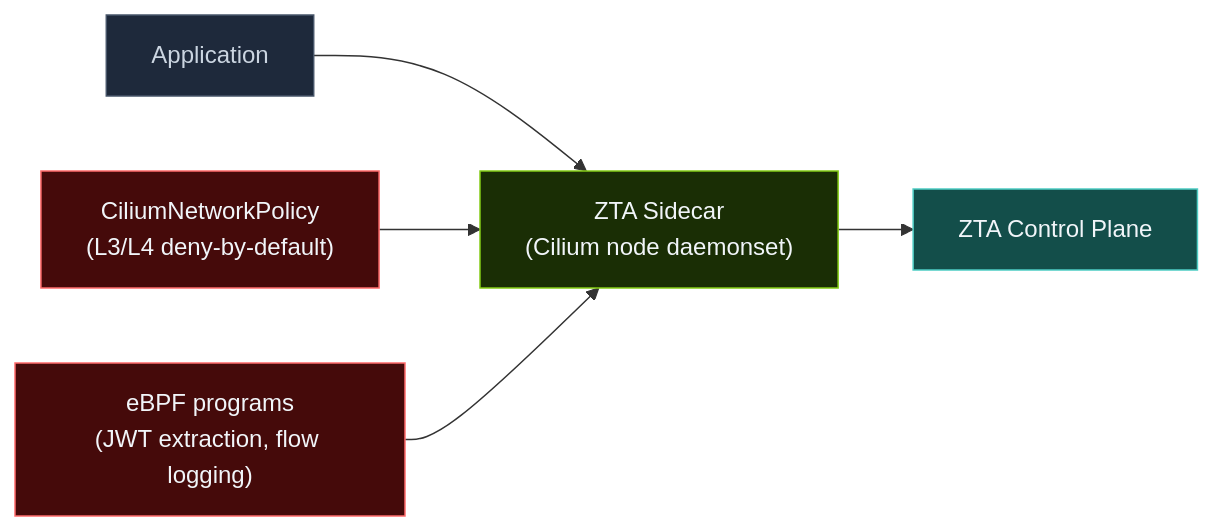
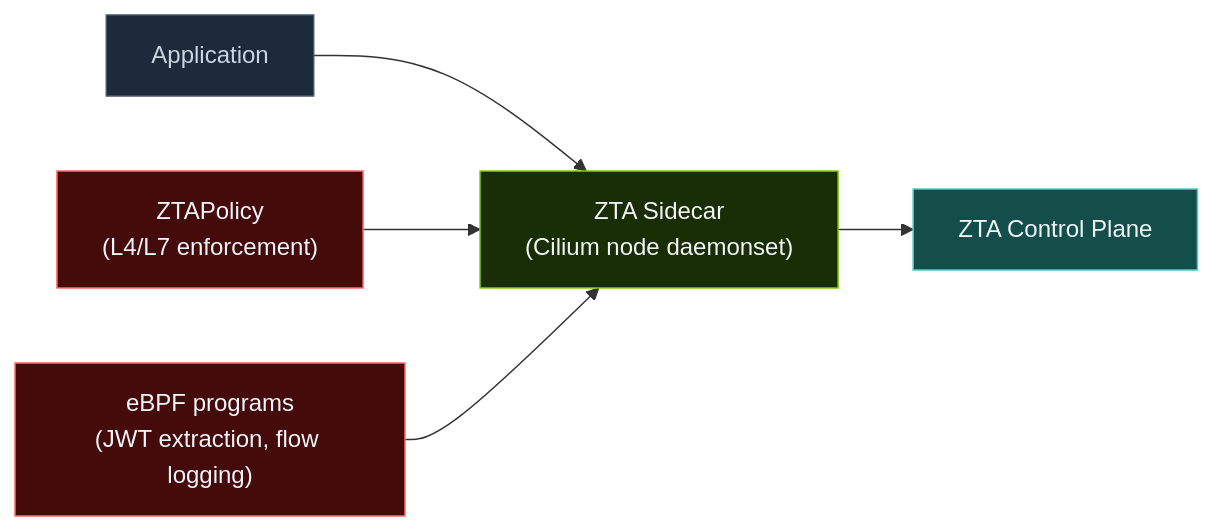
One commit to outshift-open/CASA changed the diagram in docs/ui/docs/deployment-modes/cilium.md. Above: the diagram before and after it, drawn with Mermaid. The commit also changed other lines of this file and 8 other files, not shown here.

````diff
--- a/docs/ui/docs/deployment-modes/cilium.md
+++ b/docs/ui/docs/deployment-modes/cilium.md
@@ -19,13 +19,13 @@
 ```mermaid
 graph LR
     Application --> Sidecar["ZTA Sidecar\n(Cilium node daemonset)"]
     Sidecar --> ZTA["ZTA Control Plane"]
-    CNP["CiliumNetworkPolicy\n(L3/L4 deny-by-default)"] --> Sidecar
+    ZTP["ZTAPolicy\n(L4/L7 enforcement)"] --> Sidecar
     eBPF["eBPF programs\n(JWT extraction, flow logging)"] --> Sidecar
 
     style Application fill:#1e293b,stroke:#475569,color:#cbd5e1
     style Sidecar fill:#1a2e05,stroke:#84cc16,color:#f1f5f9
     style ZTA fill:#134e4a,stroke:#4ecdc4,color:#f1f5f9
-    style CNP fill:#450a0a,stroke:#ff6b6b,color:#f1f5f9
+    style ZTP fill:#450a0a,stroke:#ff6b6b,color:#f1f5f9
     style eBPF fill:#450a0a,stroke:#ff6b6b,color:#f1f5f9
 ```
````
